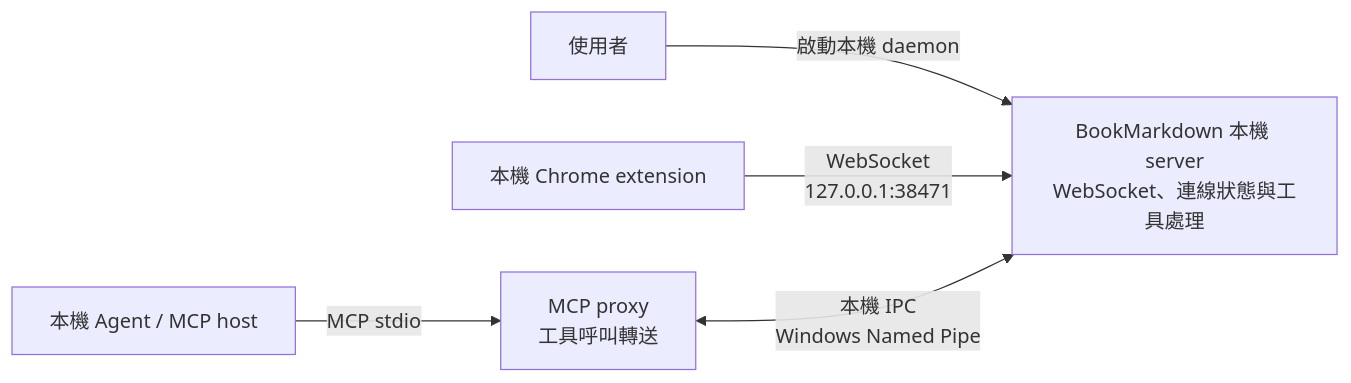
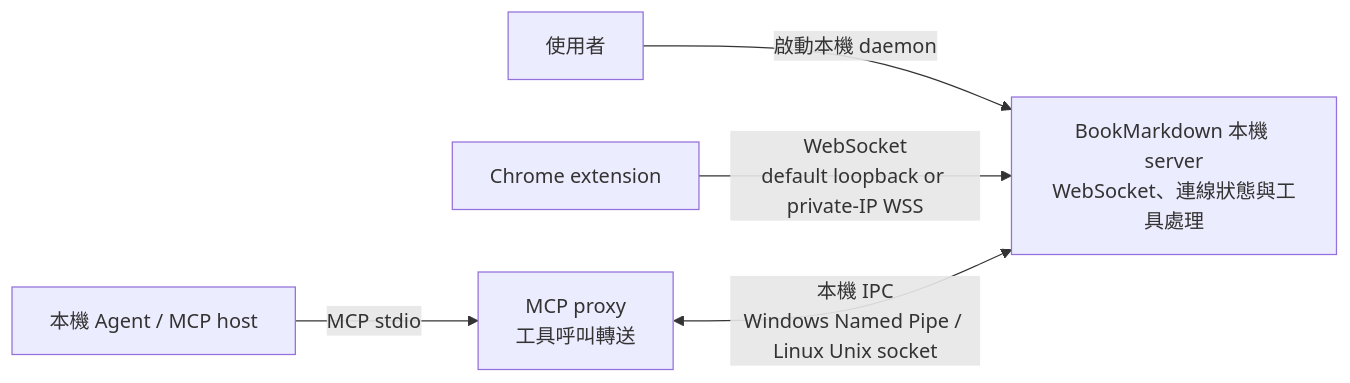
The diagram in docs/architecture.md (bookmarkdown/mcp-server), drawn with Mermaid before and after one commit. The commit also changed other lines of this file and 24 other files, not shown here.

First line of the commit message:
feat: add Linux local IPC support and TLS-protected private-LAN WebSocket bindings

````diff
--- a/docs/architecture.md
+++ b/docs/architecture.md
@@ -14,7 +14,7 @@
 ```mermaid
 flowchart LR
     U["使用者"] -->|"啟動本機 daemon"| D["BookMarkdown 本機 server<br/>WebSocket、連線狀態與工具處理"]
-    C["本機 Chrome extension"] -->|"WebSocket<br/>127.0.0.1:38471"| D
+    C["Chrome extension"] -->|"WebSocket<br/>default loopback or private-IP WSS"| D
     A["本機 Agent / MCP host"] -->|"MCP stdio"| P["MCP proxy<br/>工具呼叫轉送"]
-    P <-->|"本機 IPC<br/>Windows Named Pipe"| D
+    P <-->|"本機 IPC<br/>Windows Named Pipe / Linux Unix socket"| D
 ```
````
